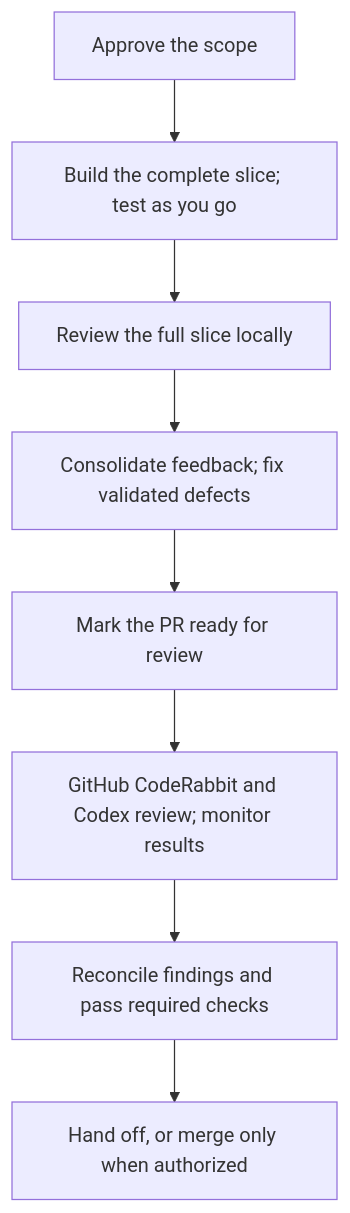
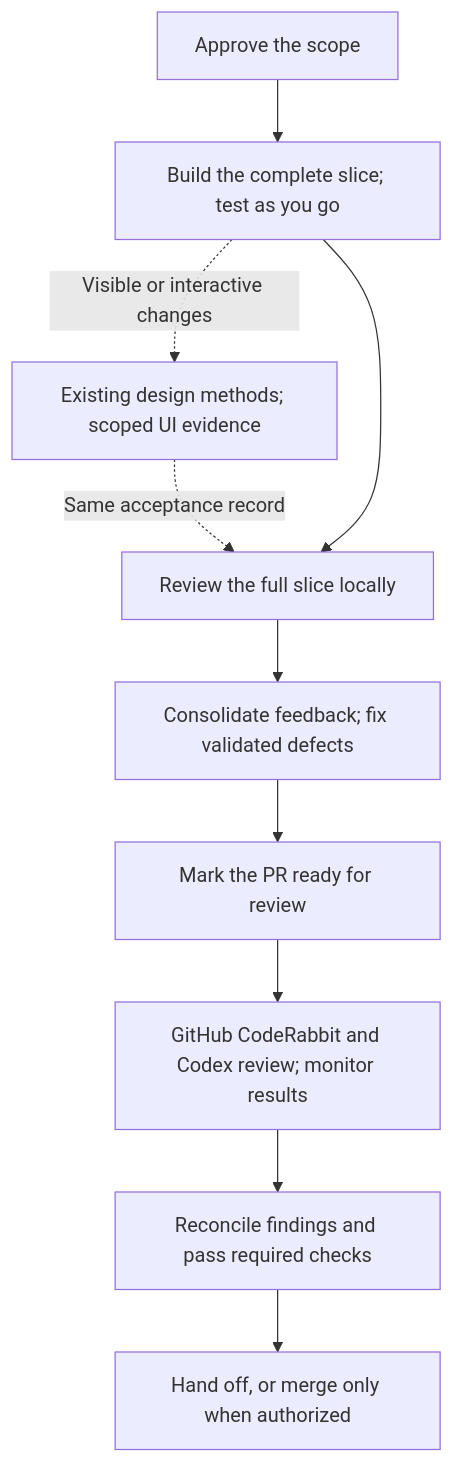
The diagram in README.md (digitalpilipinas/rogemar-agent-toolkit), drawn with Mermaid before and after one commit. The commit also changed other lines of this file and 17 other files, not shown here.

Commit message:
Adapt free Appllama methods into existing design skills

````diff
--- a/README.md
+++ b/README.md
@@ -122,10 +122,12 @@
 ```mermaid
 flowchart TD
     plan["Approve the scope"] --> build["Build the complete slice; test as you go"]
+    build -. "Visible or interactive changes" .-> ui["Existing design methods; scoped UI evidence"]
+    ui -. "Same acceptance record" .-> local
     build --> local["Review the full slice locally"]
     local --> fixes["Consolidate feedback; fix validated defects"]
     fixes --> ready["Mark the PR ready for review"]
     ready --> cloud["GitHub CodeRabbit and Codex review; monitor results"]
     cloud --> finish["Reconcile findings and pass required checks"]
     finish --> handoff["Hand off, or merge only when authorized"]
 ```
````
